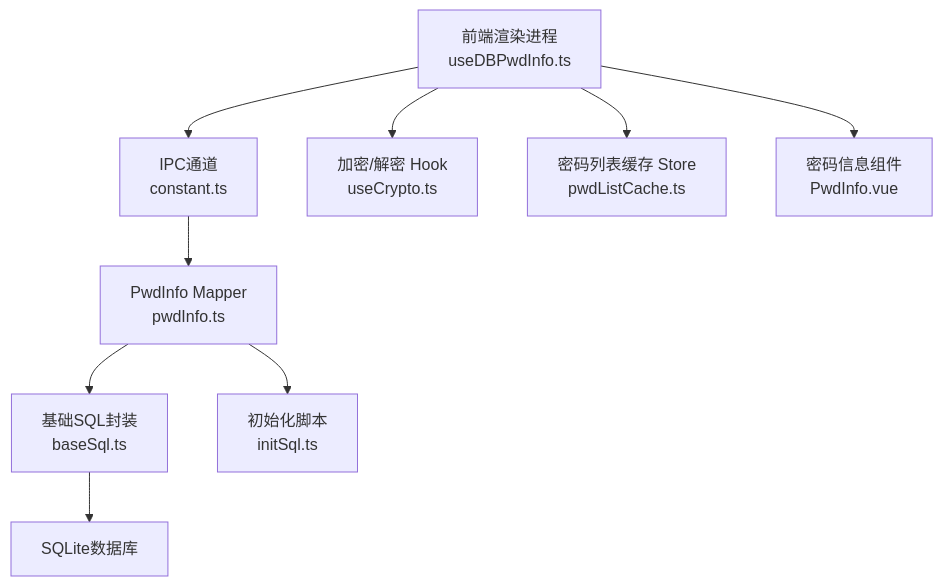
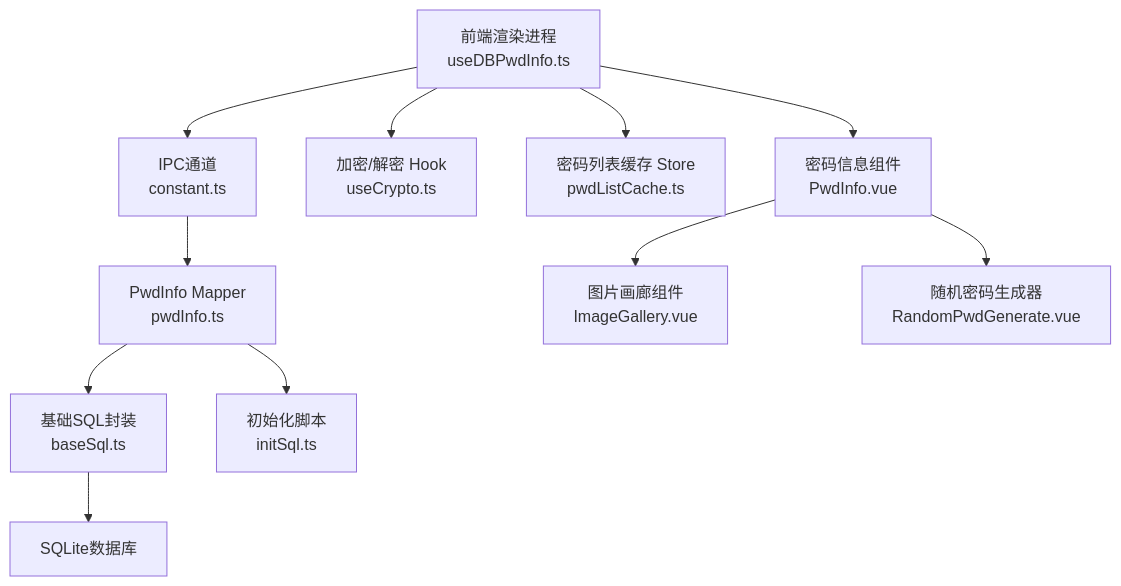
Before and after one commit to scgithub3220216/password-manager: the first of 7 diagrams in .qoder/repowiki/zh/content/架构设计/数据库层架构/Mapper层设计/密码信息Mapper.md, drawn with Mermaid. The commit also changed other lines of this file and 9 other files, not shown here.

First line of the commit message:
feat(sync): 新增图像数据同步支持

````diff
--- a/.qoder/repowiki/zh/content/架构设计/数据库层架构/Mapper层设计/密码信息Mapper.md
+++ b/.qoder/repowiki/zh/content/架构设计/数据库层架构/Mapper层设计/密码信息Mapper.md
@@ -42,11 +53,13 @@
 ```mermaid
 graph TB
 FE["前端渲染进程<br/>useDBPwdInfo.ts"] --> IPC["IPC通道<br/>constant.ts"]
 IPC --> M["PwdInfo Mapper<br/>pwdInfo.ts"]
 M --> BS["基础SQL封装<br/>baseSql.ts"]
 BS --> DB["SQLite数据库"]
 M --> INIT["初始化脚本<br/>initSql.ts"]
 FE --> CRYPTO["加密/解密 Hook<br/>useCrypto.ts"]
 FE --> CACHE["密码列表缓存 Store<br/>pwdListCache.ts"]
 FE --> UI["密码信息组件<br/>PwdInfo.vue"]
+UI --> IMG["图片画廊组件<br/>ImageGallery.vue"]
+UI --> RAND["随机密码生成器<br/>RandomPwdGenerate.vue"]
 ```
````
